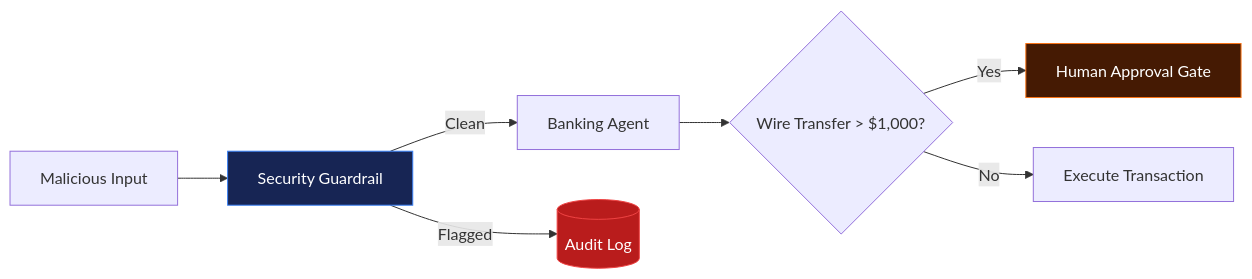
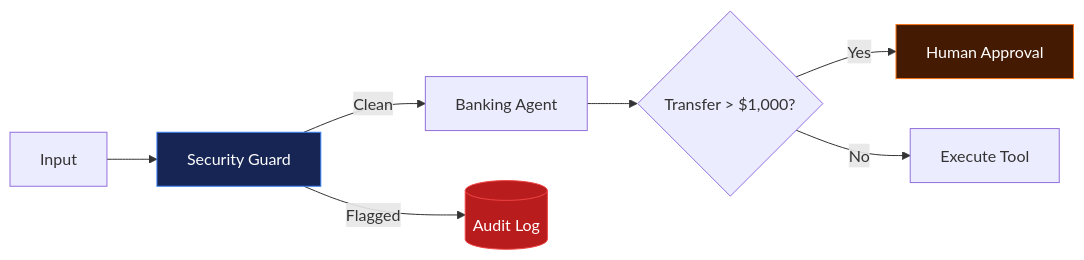
The third of 3 diagrams in tech/agentic-ai/slides/_12-security-guardrails.qmd (tvseshagiri/kaameekru), drawn with Mermaid before and after one commit. The commit also changed other lines of this file and 4 other files, not shown here.

````diff
--- a/tech/agentic-ai/slides/_12-security-guardrails.qmd
+++ b/tech/agentic-ai/slides/_12-security-guardrails.qmd
@@ -197,12 +282,12 @@
 ```{mermaid}
 graph LR
-    Attack[Malicious Input] --> Guard[Security Guardrail]
+    Attack[Input] --> Guard[Security Guard]
     Guard -->|Clean| Agent[Banking Agent]
     Guard -->|Flagged| SecurityLog[(Audit Log)]
-    Agent --> Gate{Wire Transfer > $1,000?}
-    Gate -- Yes --> Halt[Human Approval Gate]
-    Gate -- No --> Exec[Execute Transaction]
+    Agent --> Gate{Transfer > $1,000?}
+    Gate -- Yes --> Halt[Human Approval]
+    Gate -- No --> Exec[Execute Tool]
     style Guard fill:#172554,stroke:#3b82f6,color:#fff
     style SecurityLog fill:#b91c1c,stroke:#ef4444,color:#fff
     style Halt fill:#451a03,stroke:#f97316,color:#fff
 ```
````
